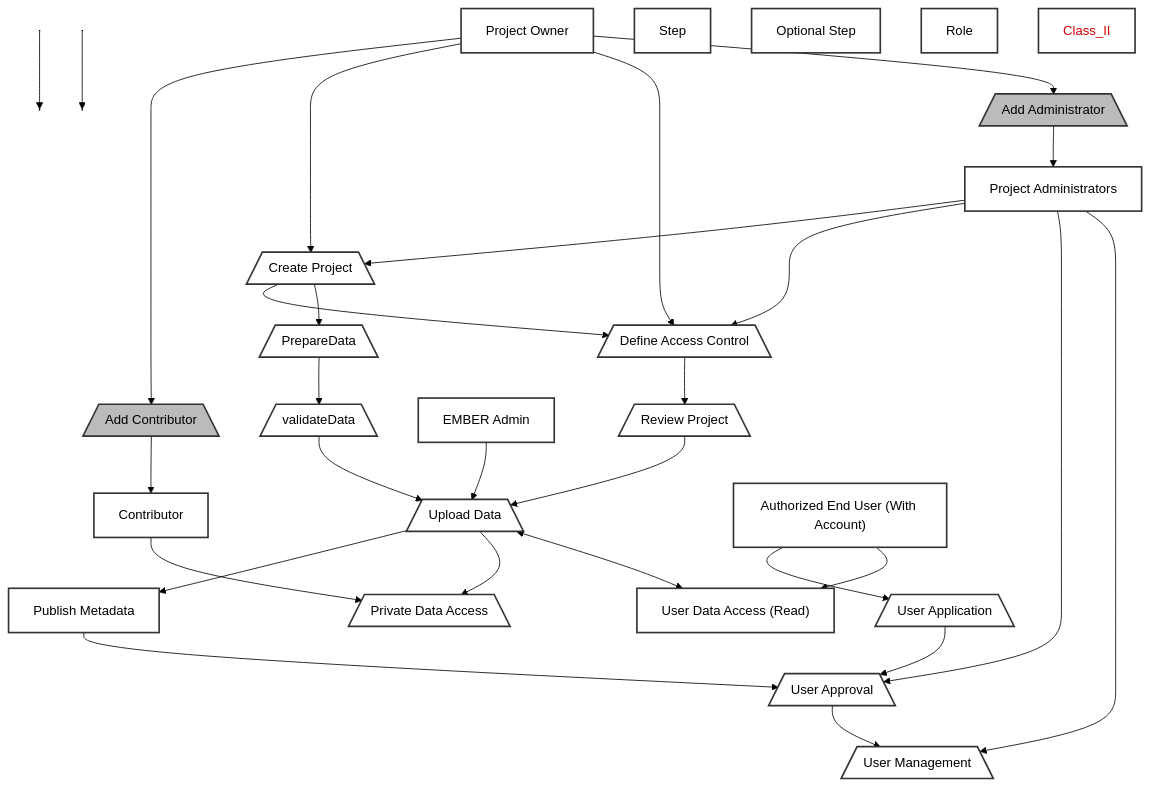
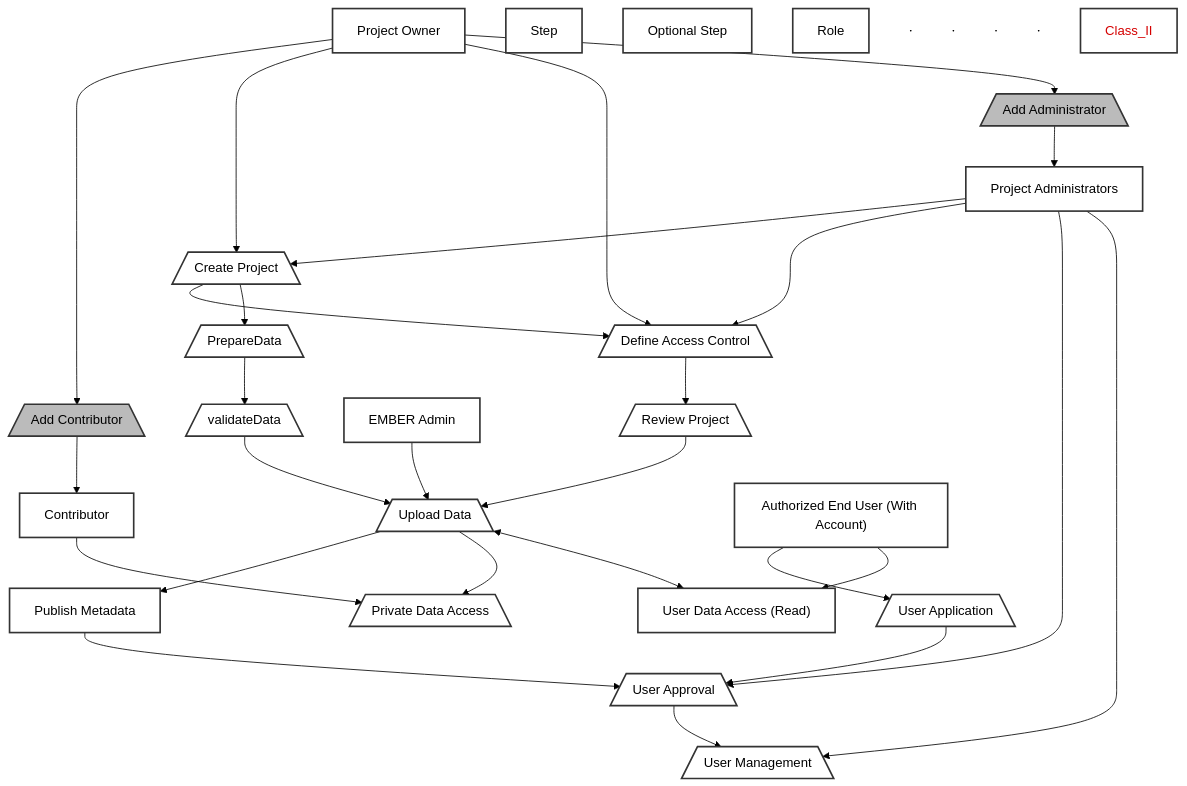
Before and after one commit to aplbrain/BBQS-EMBER-Data-Model: the diagram in EMBER_Classes/design/class_II.mmd, drawn with Mermaid (forest theme). The commit also changed 3 other files, not shown here.

```diff
--- a/EMBER_Classes/design/class_II.mmd
+++ b/EMBER_Classes/design/class_II.mmd
@@ -1,51 +1,49 @@
 ---
 config:
   layout: fixed
 ---
 flowchart TB
     addContributor["Add Contributor"] --> contributor["Contributor"]
     projectowner["Project Owner"] --> addContributor & createProject["Create Project"] & defineaccesscontrol["Define Access Control"] & addAdministrator["Add Administrator"]
     addAdministrator --> projectAdmin["Project Administrators"]
     projectAdmin --> createProject & defineaccesscontrol & userApproval["User Approval"] & userManagement["User Management"]
     createProject --> defineaccesscontrol & prepareData["PrepareData"]
     defineaccesscontrol --> reviewProject["Review Project"]
     reviewProject --> uploadData["Upload Data"]
     emberadmin["EMBER Admin"] --> uploadData
     uploadData --> publishMetadata["Publish Metadata"] & privateDataAccess["Private Data Access"]
     publishMetadata --> userApproval
     userApproval --> userManagement
     uploadData <--> Userdataaccess["User Data Access (Read)"]
     authorizedEndUser["Authorized End User (With Account)"] --> userApplication["User Application"] & Userdataaccess
     userApplication --> userApproval
     contributor --> privateDataAccess
     prepareData --> validateData["validateData"]
     validateData --> uploadData
-    n1[" "] --> n2[" "]
-    n3[" "] --> n4[" "]
     Step["Step"]
     OptionalStep["Optional Step"]
     Role["Role"]
     addContributor@{ shape: trap-b}
     createProject@{ shape: trap-b}
     defineaccesscontrol@{ shape: trap-b}
     addAdministrator@{ shape: trap-b}
     userApproval@{ shape: trap-b}
     userManagement@{ shape: trap-b}
     prepareData@{ shape: trap-b}
     reviewProject@{ shape: trap-b}
     uploadData@{ shape: trap-b}
     privateDataAccess@{ shape: trap-b}
     userApplication@{ shape: trap-b}
     validateData@{ shape: trap-b}
     n1@{ shape: anchor}
     n2@{ shape: anchor}
     n3@{ shape: anchor}
     n4@{ shape: anchor}
      addContributor:::optional
      addAdministrator:::optional
      prepareData:::role
      privateDataAccess:::role
      validateData:::role
     classDef default fill:#fff,stroke:#333,stroke-width:2px
     classDef optional fill:#bbb,stroke:#333,stroke-width:2px
     style Class_II color:#D50000
```
